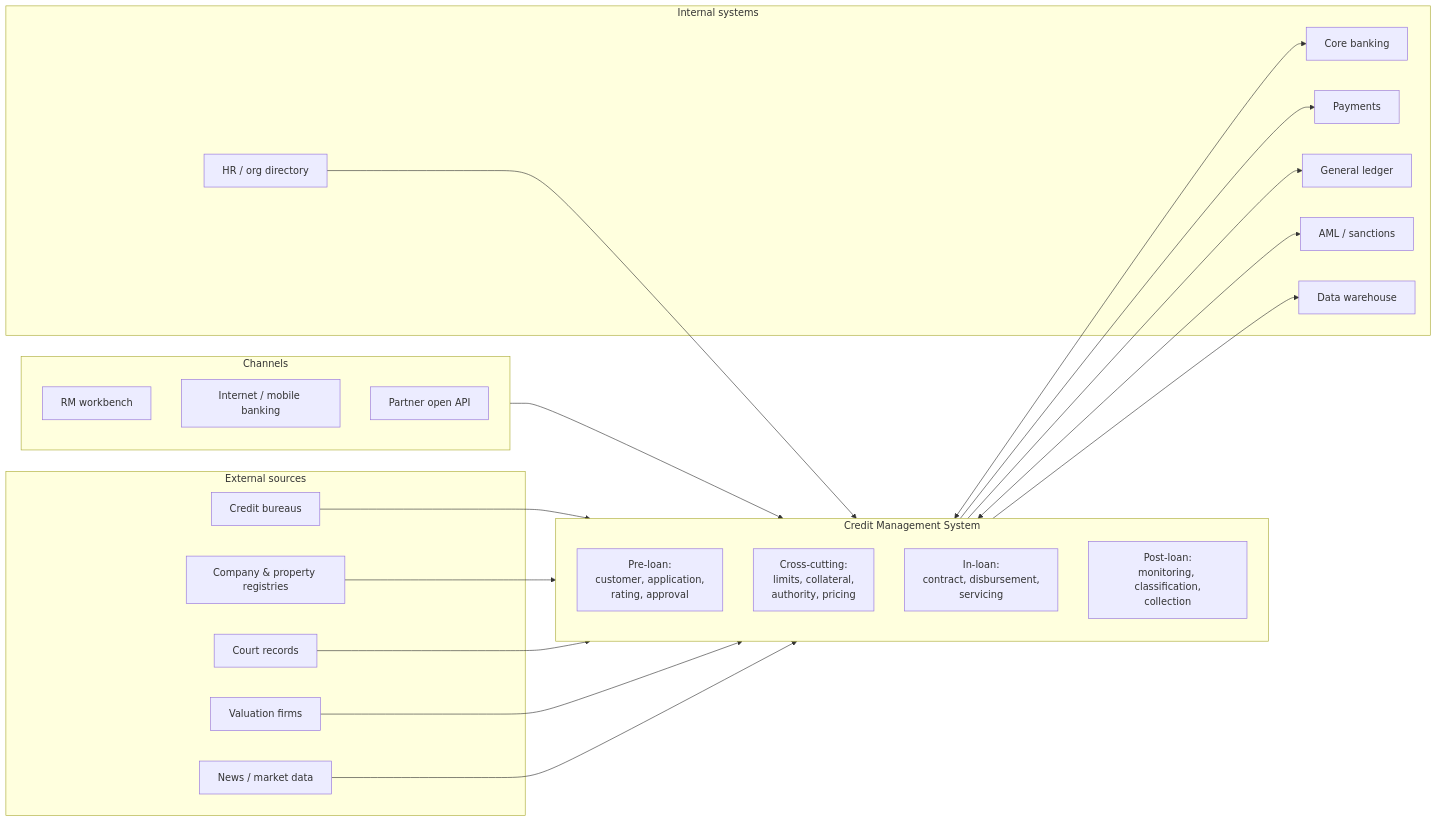
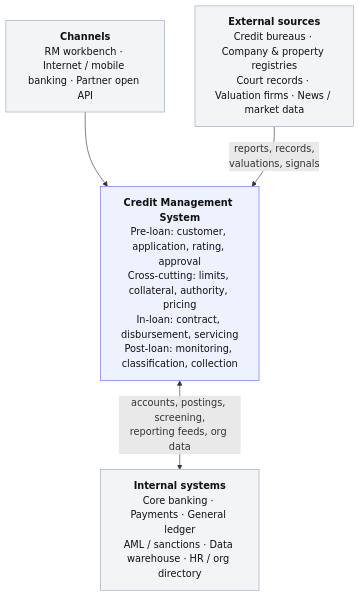
Before and after one commit to yugshinz-star/credit-management-system: the first of 28 diagrams in docs/business-architecture-processes-data-model.md, drawn with Mermaid. The commit also changed other lines of this file and 2 other files, not shown here.

First line of the commit message:
Add PDF of detailed design; redraw context, capability and product diagrams

````diff
--- a/docs/business-architecture-processes-data-model.md
+++ b/docs/business-architecture-processes-data-model.md
@@ -52,42 +52,12 @@
 ```mermaid
-flowchart LR
-    subgraph Channels
-        RM[RM workbench]
-        IB[Internet / mobile banking]
-        API[Partner open API]
-    end
-    subgraph CMS[Credit Management System]
-        direction TB
-        PRE[Pre-loan:<br/>customer, application,<br/>rating, approval]
-        CROSS[Cross-cutting:<br/>limits, collateral,<br/>authority, pricing]
-        IN[In-loan:<br/>contract, disbursement,<br/>servicing]
-        POST[Post-loan:<br/>monitoring, classification,<br/>collection]
-    end
-    subgraph Internal[Internal systems]
-        CORE[Core banking]
-        PAY[Payments]
-        GL[General ledger]
-        AML[AML / sanctions]
-        DWH[Data warehouse]
-        HR[HR / org directory]
-    end
-    subgraph External[External sources]
-        CB[Credit bureaus]
-        REG[Company & property registries]
-        COURT[Court records]
-        VAL[Valuation firms]
-        NEWS[News / market data]
-    end
-    Channels --> CMS
-    CMS <--> CORE
-    CMS --> PAY
-    CMS --> GL
-    CMS <--> AML
-    CMS --> DWH
-    HR --> CMS
-    CB --> CMS
-    REG --> CMS
-    COURT --> CMS
-    VAL --> CMS
-    NEWS --> CMS
+flowchart TB
+    classDef cms fill:#eef2ff,stroke:#6366f1,color:#111
+    classDef side fill:#f3f4f6,stroke:#9ca3af,color:#111
+    CH["<b>Channels</b><br/>RM workbench · Internet / mobile banking · Partner open API"]:::side
+    CMS["<b>Credit Management System</b><br/>Pre-loan: customer, application, rating, approval<br/>Cross-cutting: limits, collateral, authority, pricing<br/>In-loan: contract, disbursement, servicing<br/>Post-loan: monitoring, classification, collection"]:::cms
+    INT["<b>Internal systems</b><br/>Core banking · Payments · General ledger<br/>AML / sanctions · Data warehouse · HR / org directory"]:::side
+    EXT["<b>External sources</b><br/>Credit bureaus · Company & property registries<br/>Court records · Valuation firms · News / market data"]:::side
+    CH --> CMS
+    CMS <-->|accounts, postings, screening,<br/>reporting feeds, org data| INT
+    EXT -->|reports, records,<br/>valuations, signals| CMS
 ```
````
